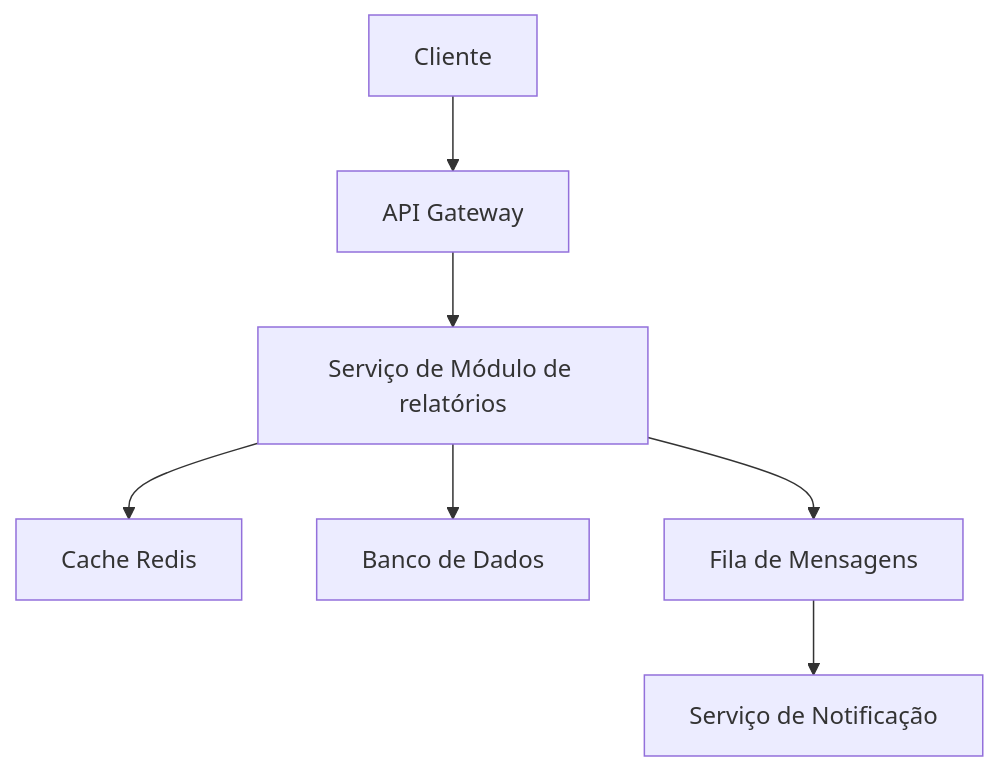
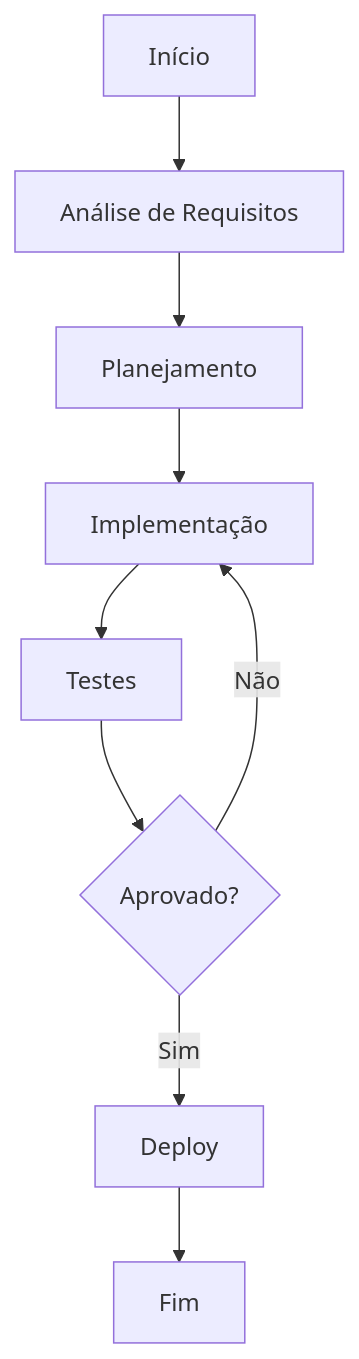
The diagram in 01-produtos/plataforma-airich/módulo-de-relatórios-0106.md (aleemerich/corp-kb-ai-benchmark), drawn with Mermaid before and after one commit. The commit also changed other lines of this file and 2492 other files, not shown here.

````diff
--- a/01-produtos/plataforma-airich/módulo-de-relatórios-0106.md
+++ b/01-produtos/plataforma-airich/módulo-de-relatórios-0106.md
@@ -52,9 +15,11 @@
 ```mermaid
-graph TD
-    A[Cliente] --> B[API Gateway]
-    B --> C[Serviço de Módulo de relatórios]
-    C --> D[Cache Redis]
-    C --> E[Banco de Dados]
-    C --> F[Fila de Mensagens]
-    F --> G[Serviço de Notificação]
+flowchart TD
+    A[Início] --> B[Análise de Requisitos]
+    B --> C[Planejamento]
+    C --> D[Implementação]
+    D --> E[Testes]
+    E --> F{Aprovado?}
+    F -->|Sim| G[Deploy]
+    F -->|Não| D
+    G --> H[Fim]
 ```
````
